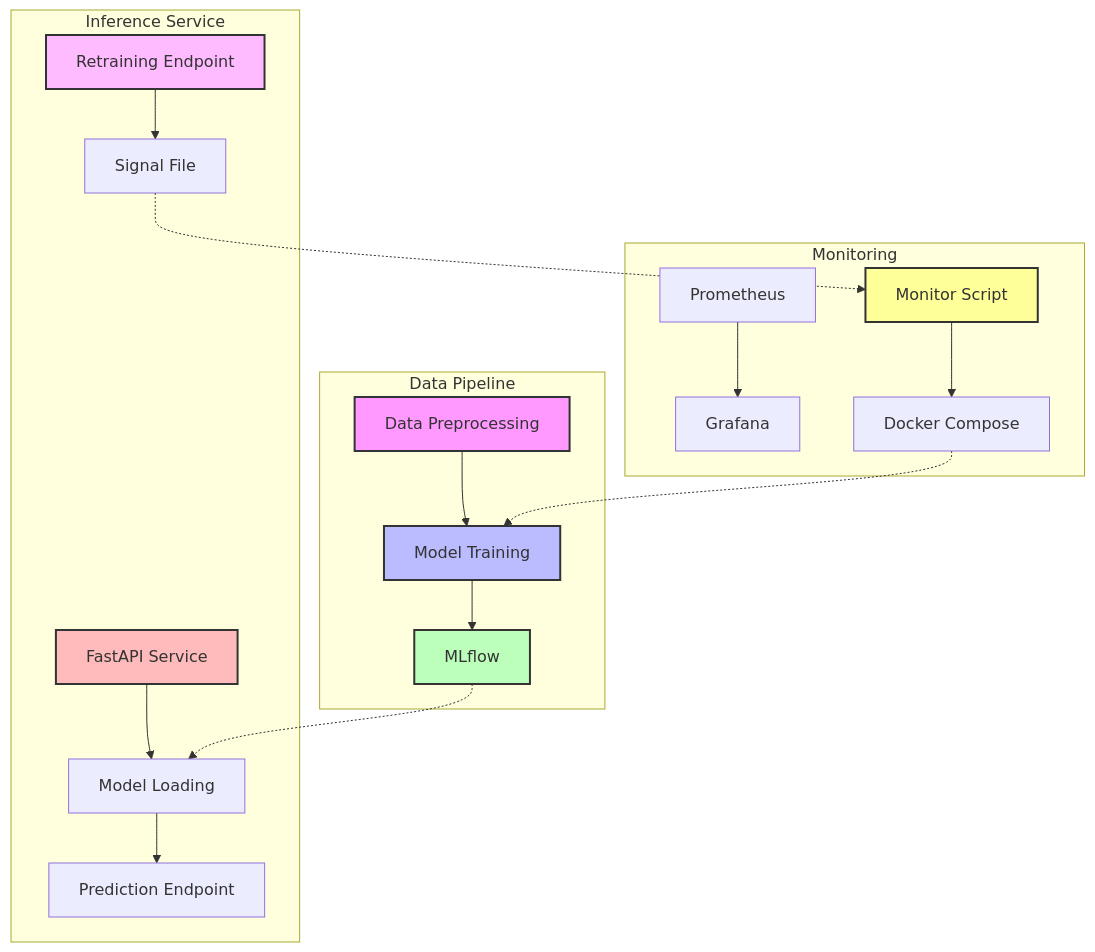
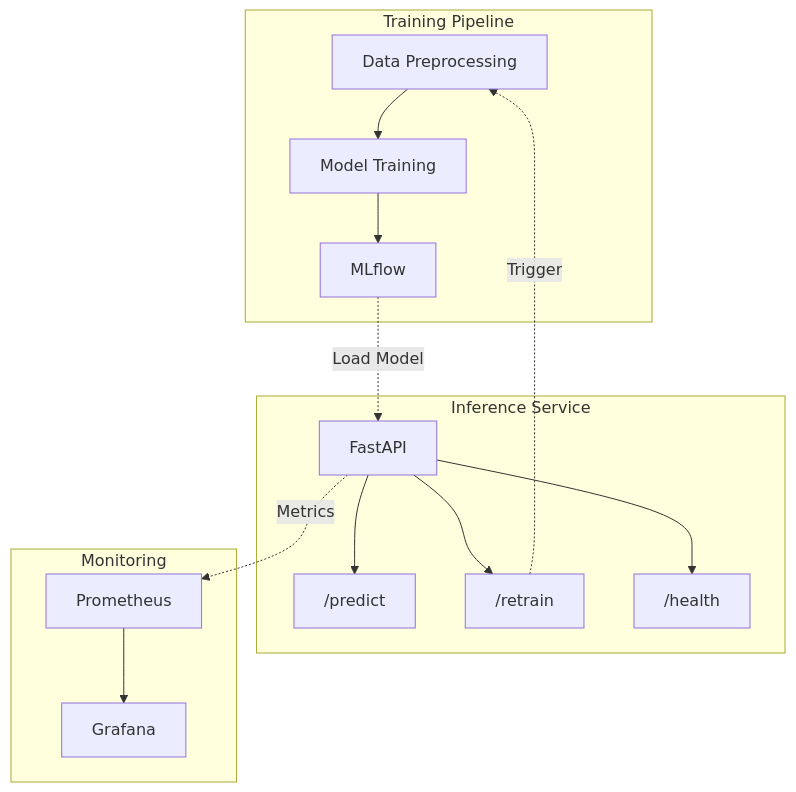
The first of 2 diagrams in README.md (ssime-git/zenml_mlops_template), drawn with Mermaid before and after one commit. The commit also changed other lines of this file and 20 other files, not shown here.

First line of the commit message:
Refactor project structure and improve automation with Docker Compose profiles and Makefile

````diff
--- a/README.md
+++ b/README.md
@@ -7,29 +35,21 @@
 ```mermaid
 graph TD
-    subgraph "Data Pipeline"
+    subgraph "Training Pipeline"
         A[Data Preprocessing] --> B[Model Training]
         B --> C[MLflow]
     end
     
     subgraph "Inference Service"
-        D[FastAPI Service] --> E[Model Loading]
-        E --> F[Prediction Endpoint]
-        G[Retraining Endpoint] --> H[Signal File]
+        D[FastAPI] --> E["/predict"]
+        D --> F["/retrain"]
+        D --> G["/health"]
     end
     
     subgraph "Monitoring"
-        I[Prometheus] --> J[Grafana]
-        K[Monitor Script] --> L[Docker Compose]
+        H[Prometheus] --> I[Grafana]
     end
     
-    C -.-> E
-    H -.-> K
-    L -.-> B
-    
-    style A fill:#f9f,stroke:#333,stroke-width:2px
-    style B fill:#bbf,stroke:#333,stroke-width:2px
-    style C fill:#bfb,stroke:#333,stroke-width:2px
-    style D fill:#fbb,stroke:#333,stroke-width:2px
-    style G fill:#fbf,stroke:#333,stroke-width:2px
-    style K fill:#ff9,stroke:#333,stroke-width:2px
+    C -.->|Load Model| D
+    F -.->|Trigger| A
+    D -.->|Metrics| H
 ```
````
